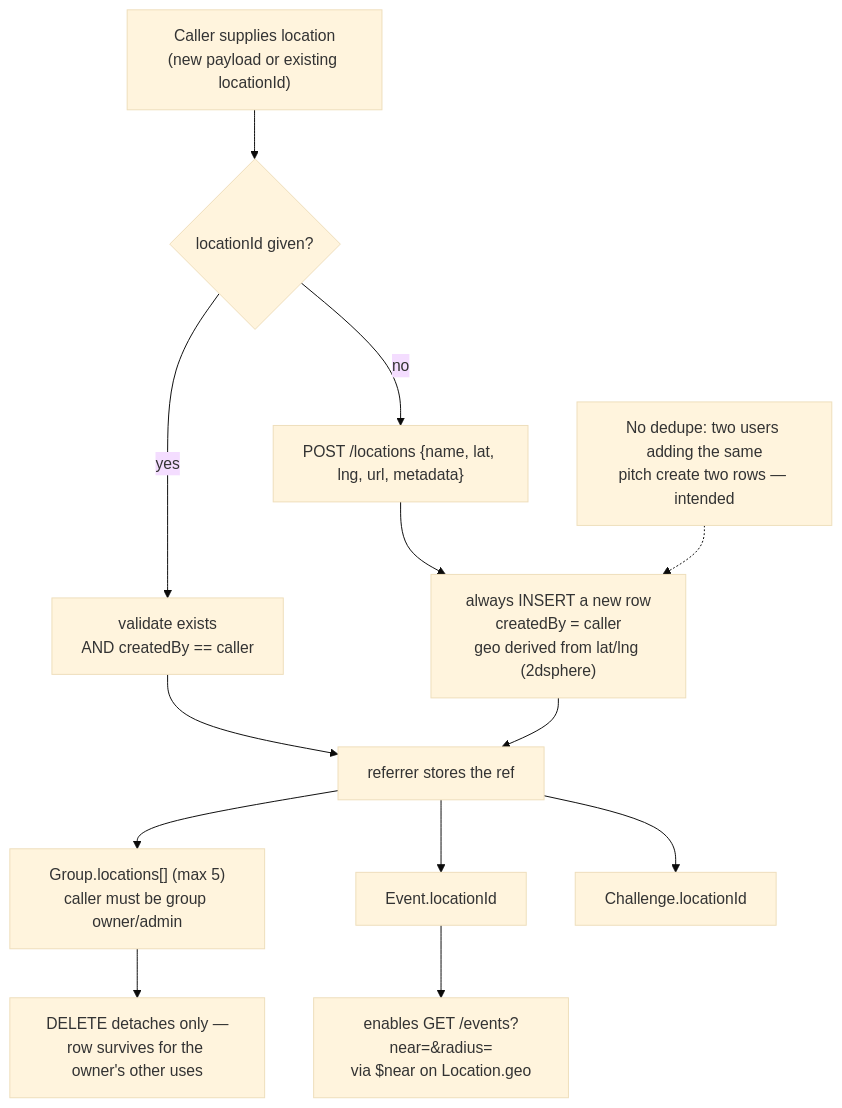
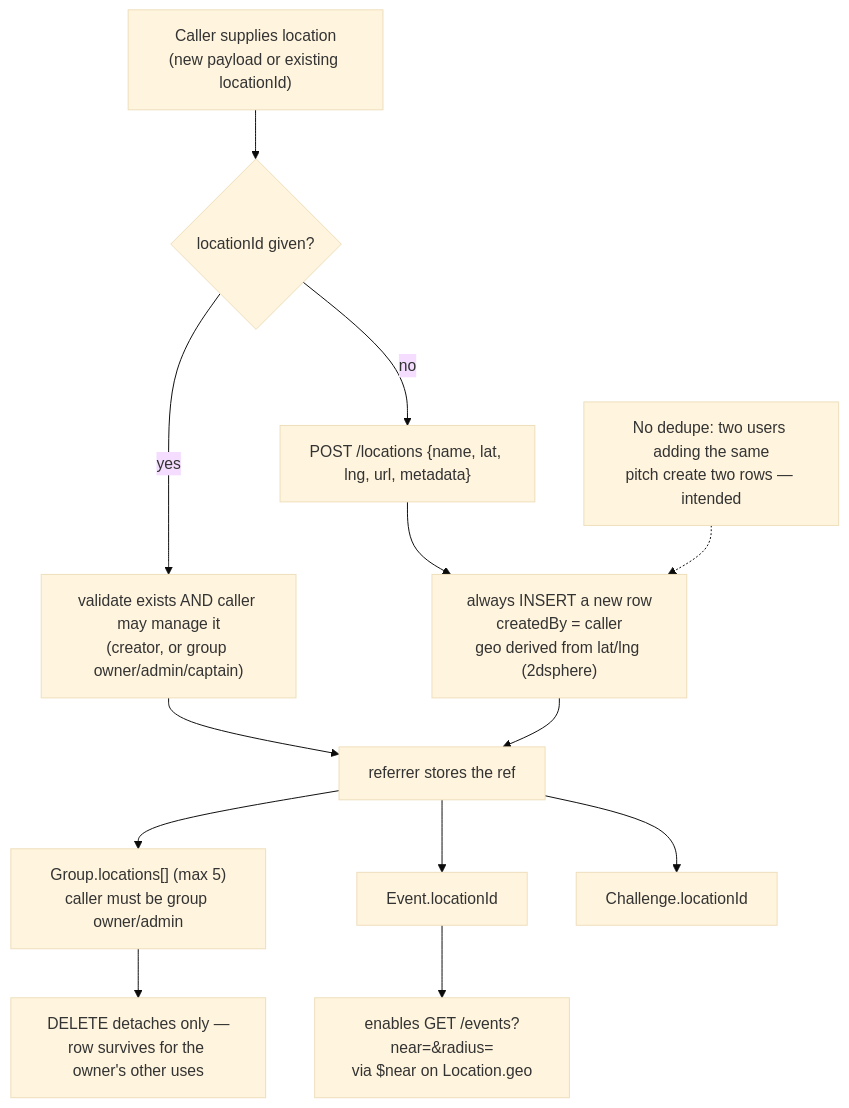
One commit to heinlinaung/kickr_backend changed the seventh of 8 diagrams in docs/superpowers/specs/2026-07-28-kickr-spec-v2-changes.md. Above: the diagram before and after it, drawn with Mermaid (base theme). The commit also changed other lines of this file, not shown here.

````diff
--- a/docs/superpowers/specs/2026-07-28-kickr-spec-v2-changes.md
+++ b/docs/superpowers/specs/2026-07-28-kickr-spec-v2-changes.md
@@ -719,17 +771,17 @@
 ```mermaid
 flowchart TD
     A["Caller supplies location<br/>(new payload or existing locationId)"] --> B{locationId given?}
-    B -->|yes| C["validate exists<br/>AND createdBy == caller"] --> H
+    B -->|yes| C["validate exists AND caller may manage it<br/>(creator, or group owner/admin/captain)"] --> H
     B -->|no| D["POST /locations {name, lat, lng, url, metadata}"]
     D --> G["always INSERT a new row<br/>createdBy = caller<br/>geo derived from lat/lng (2dsphere)"] --> H
 
     H["referrer stores the ref"]
     H --> I["Group.locations[] (max 5)<br/>caller must be group owner/admin"]
     H --> J[Event.locationId]
     H --> K[Challenge.locationId]
 
     I --> L["DELETE detaches only —<br/>row survives for the owner's other uses"]
     J --> M["enables GET /events?near=&radius=<br/>via $near on Location.geo"]
 
     N["No dedupe: two users adding the same<br/>pitch create two rows — intended"] -.-> G
 ```
````
